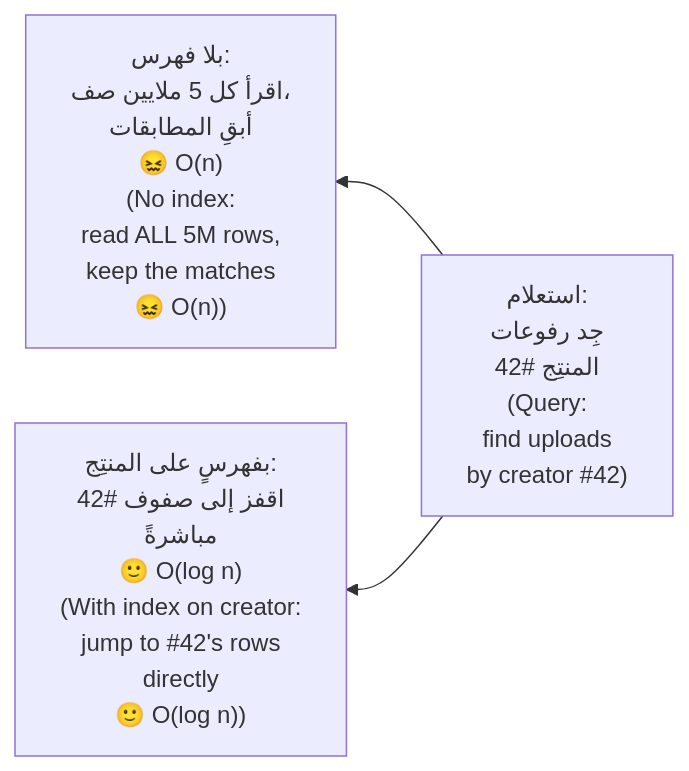
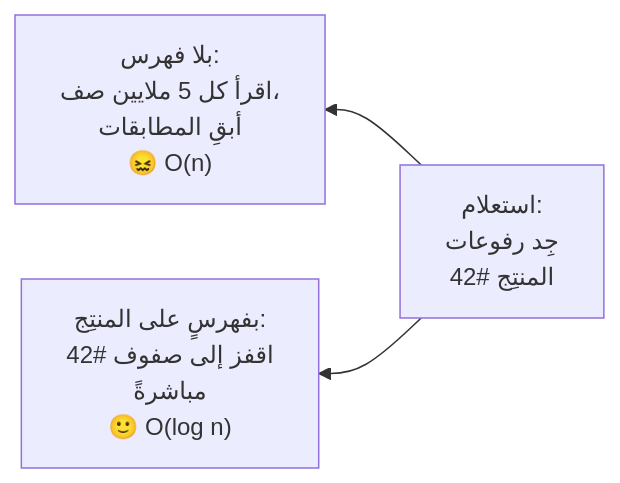
Before and after one commit to Tamoura/system-design-for-vibe-coders: the seventh of 10 diagrams in modules/02-data-storage-backups/module.ar.md, drawn with Mermaid. The commit also changed other lines of this file and 551 other files, not shown here.

````diff
--- a/modules/02-data-storage-backups/module.ar.md
+++ b/modules/02-data-storage-backups/module.ar.md
@@ -649,5 +649,5 @@
 ```mermaid
 flowchart RL
-    Q["استعلام:<br/>جِد رفوعات<br/>المنتِج #42<br/>(Query:<br/>find uploads<br/>by creator #42)"] --> NOIDX["بلا فهرس:<br/>اقرأ كل 5 ملايين صف،<br/>أبقِ المطابقات<br/>😖 O(n)<br/>(No index:<br/>read ALL 5M rows,<br/>keep the matches<br/>😖 O(n))"]
-    Q --> IDX["بفهرسٍ على المنتِج:<br/>اقفز إلى صفوف #42<br/>مباشرةً<br/>🙂 O(log n)<br/>(With index on creator:<br/>jump to #42's rows<br/>directly<br/>🙂 O(log n))"]
+    Q["استعلام:<br/>جِد رفوعات<br/>المنتِج #42"] --> NOIDX["بلا فهرس:<br/>اقرأ كل 5 ملايين صف،<br/>أبقِ المطابقات<br/>😖 O(n)"]
+    Q --> IDX["بفهرسٍ على المنتِج:<br/>اقفز إلى صفوف #42<br/>مباشرةً<br/>🙂 O(log n)"]
 ```
````
